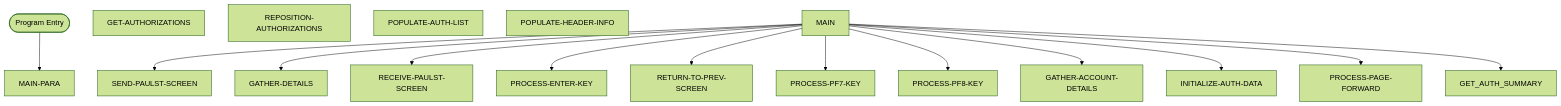
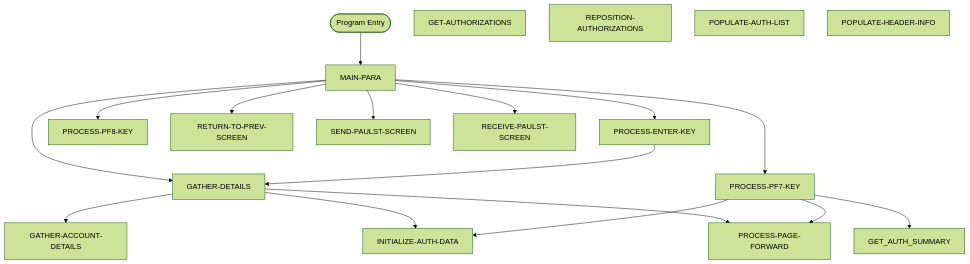
One commit to Arun973150/new_doc changed the second of 2 diagrams in Unisys_doc-main/doc_demo/docs/programs/COPAUS0C.md. Above: the diagram before and after it, drawn with Mermaid (forest theme). The commit also changed other lines of this file and 662 other files, not shown here.

````diff
--- a/Unisys_doc-main/doc_demo/docs/programs/COPAUS0C.md
+++ b/Unisys_doc-main/doc_demo/docs/programs/COPAUS0C.md
@@ -194,31 +496,34 @@
 ```mermaid
 flowchart TD
     START([Program Entry])
     MAIN_PARA["MAIN-PARA"]
     PROCESS_ENTER_KEY["PROCESS-ENTER-KEY"]
     GATHER_DETAILS["GATHER-DETAILS"]
     PROCESS_PF7_KEY["PROCESS-PF7-KEY"]
     PROCESS_PF8_KEY["PROCESS-PF8-KEY"]
     PROCESS_PAGE_FORWARD["PROCESS-PAGE-FORWARD"]
     GET_AUTHORIZATIONS["GET-AUTHORIZATIONS"]
     REPOSITION_AUTHORIZATIONS["REPOSITION-AUTHORIZATIONS"]
     POPULATE_AUTH_LIST["POPULATE-AUTH-LIST"]
     INITIALIZE_AUTH_DATA["INITIALIZE-AUTH-DATA"]
     RETURN_TO_PREV_SCREEN["RETURN-TO-PREV-SCREEN"]
     SEND_PAULST_SCREEN["SEND-PAULST-SCREEN"]
     RECEIVE_PAULST_SCREEN["RECEIVE-PAULST-SCREEN"]
     POPULATE_HEADER_INFO["POPULATE-HEADER-INFO"]
     GATHER_ACCOUNT_DETAILS["GATHER-ACCOUNT-DETAILS"]
     START --> MAIN_PARA
-    MAIN --> SEND_PAULST_SCREEN
-    MAIN --> GATHER_DETAILS
-    MAIN --> RECEIVE_PAULST_SCREEN
-    MAIN --> PROCESS_ENTER_KEY
-    MAIN --> RETURN_TO_PREV_SCREEN
-    MAIN --> PROCESS_PF7_KEY
-    MAIN --> PROCESS_PF8_KEY
-    MAIN --> GATHER_ACCOUNT_DETAILS
-    MAIN --> INITIALIZE_AUTH_DATA
-    MAIN --> PROCESS_PAGE_FORWARD
-    MAIN --> GET_AUTH_SUMMARY
+    MAIN_PARA --> SEND_PAULST_SCREEN
+    MAIN_PARA --> GATHER_DETAILS
+    MAIN_PARA --> RECEIVE_PAULST_SCREEN
+    MAIN_PARA --> PROCESS_ENTER_KEY
+    MAIN_PARA --> RETURN_TO_PREV_SCREEN
+    MAIN_PARA --> PROCESS_PF7_KEY
+    MAIN_PARA --> PROCESS_PF8_KEY
+    PROCESS_ENTER_KEY --> GATHER_DETAILS
+    GATHER_DETAILS --> GATHER_ACCOUNT_DETAILS
+    GATHER_DETAILS --> INITIALIZE_AUTH_DATA
+    GATHER_DETAILS --> PROCESS_PAGE_FORWARD
+    PROCESS_PF7_KEY --> GET_AUTH_SUMMARY
+    PROCESS_PF7_KEY --> INITIALIZE_AUTH_DATA
+    PROCESS_PF7_KEY --> PROCESS_PAGE_FORWARD
 ```
````
